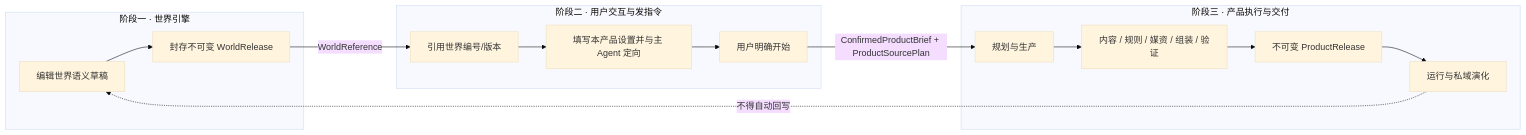
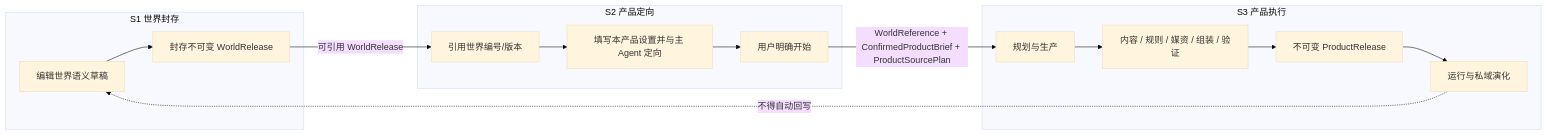
One commit to yuanbw2025/storyforge changed the diagram in docs/products/UPPER-PRODUCTS.md. Above: the diagram before and after it, drawn with Mermaid (base theme). The commit also changed other lines of this file and 15 other files, not shown here.

Commit message:
docs(architecture): canonicalize world product stages

````diff
--- a/docs/products/UPPER-PRODUCTS.md
+++ b/docs/products/UPPER-PRODUCTS.md
@@ -30,18 +32,18 @@
 ```mermaid
 flowchart LR
-    subgraph S1["阶段一 · 世界引擎"]
+    subgraph S1["S1 世界封存"]
       D["编辑世界语义草稿"] --> W["封存不可变 WorldRelease"]
     end
-    subgraph S2["阶段二 · 用户交互与发指令"]
+    subgraph S2["S2 产品定向"]
       R["引用世界编号/版本"] --> C["填写本产品设置并与主 Agent 定向"]
       C --> A["用户明确开始"]
     end
-    subgraph S3["阶段三 · 产品执行与交付"]
+    subgraph S3["S3 产品执行"]
       P["规划与生产"] --> M["内容 / 规则 / 媒资 / 组装 / 验证"]
       M --> PR["不可变 ProductRelease"]
       PR --> RT["运行与私域演化"]
     end
-    W -->|"WorldReference"| R
-    A -->|"ConfirmedProductBrief + ProductSourcePlan"| P
+    W -->|"可引用 WorldRelease"| R
+    A -->|"WorldReference + ConfirmedProductBrief + ProductSourcePlan"| P
     RT -. "不得自动回写" .-> D
 ```
````
